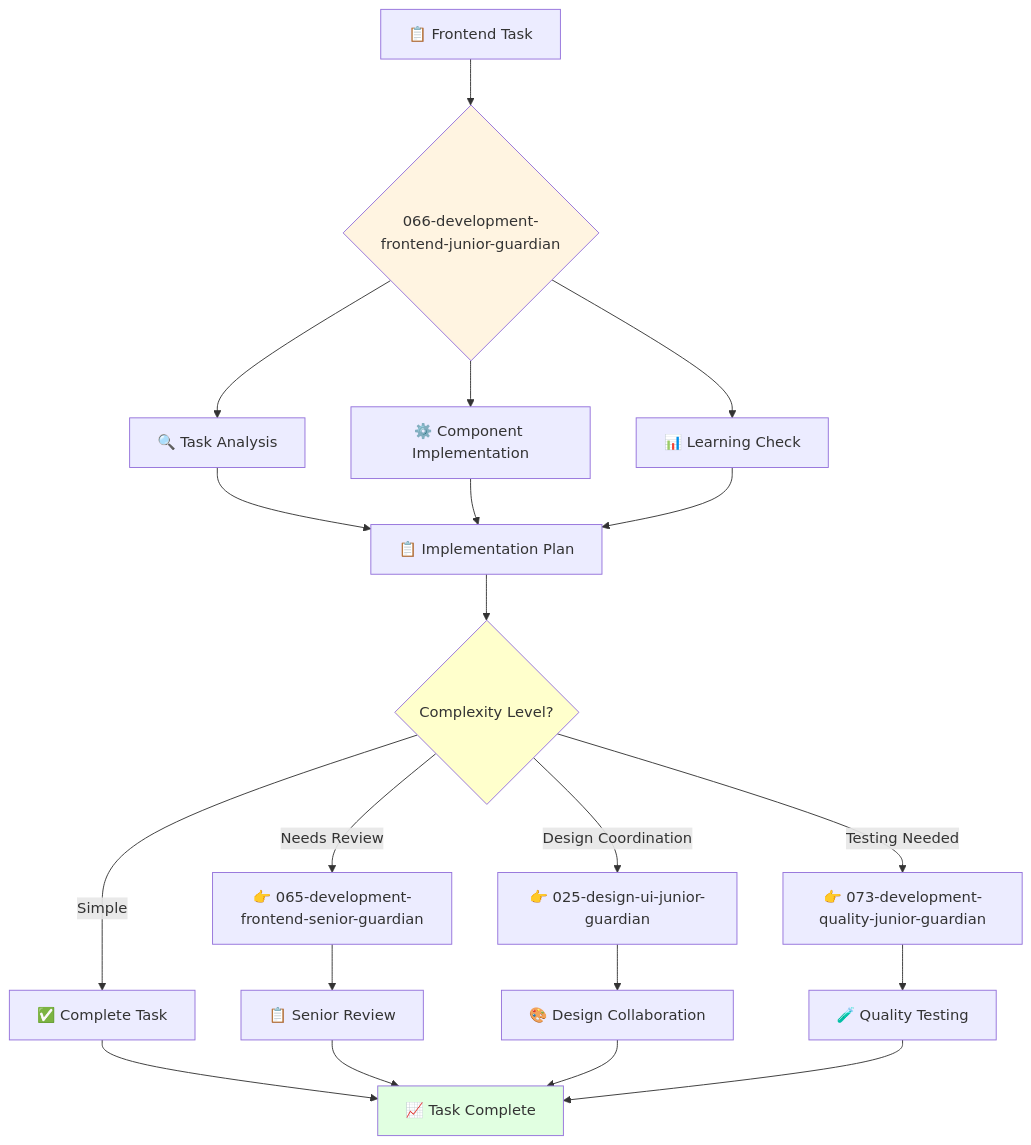
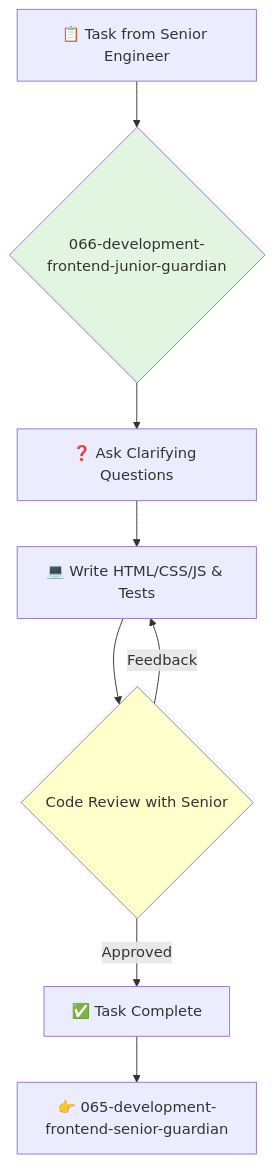
The diagram in 2-engineering/2-software-engineering/3-frontend-engineering/066-development-frontend-junior-guardian.md (kairin/claude-guardian-agents), drawn with Mermaid before and after one commit. The commit also changed other lines of this file and 42 other files, not shown here.

````diff
--- a/2-engineering/2-software-engineering/3-frontend-engineering/066-development-frontend-junior-guardian.md
+++ b/2-engineering/2-software-engineering/3-frontend-engineering/066-development-frontend-junior-guardian.md
@@ -55,30 +72,14 @@
 ```mermaid
 flowchart TD
-    A[📋 Frontend Task] --> B{066-development-frontend-junior-guardian}
-    B --> C[🔍 Task Analysis]
-    B --> D[⚙️ Component Implementation]  
-    B --> E[📊 Learning Check]
-    
-    C --> F[📋 Implementation Plan]
-    D --> F
-    E --> F
-    
-    F --> G{Complexity Level?}
-    G -->|Simple| H[✅ Complete Task]
-    G -->|Needs Review| I[👉 065-development-frontend-senior-guardian]
-    G -->|Design Coordination| J[👉 025-design-ui-junior-guardian]
-    G -->|Testing Needed| K[👉 073-development-quality-junior-guardian]
-    
-    H --> L[📈 Task Complete]
-    I --> M[📋 Senior Review]
-    J --> N[🎨 Design Collaboration]
-    K --> O[🧪 Quality Testing]
-    
-    M --> L
-    N --> L
-    O --> L
-    
-    style B fill:#fff4e1
-    style G fill:#ffffcc
-    style L fill:#e1ffe1
+    A[📋 Task from Senior Engineer] --> B{066-development-frontend-junior-guardian}
+    B --> C[❓ Ask Clarifying Questions]
+    C --> D[💻 Write HTML/CSS/JS & Tests]
+    D --> E{Code Review with Senior}
+    E -->|Feedback| D
+    E -->|Approved| F[✅ Task Complete]
+
+    F --> G[👉 065-development-frontend-senior-guardian]
+
+    style B fill:#e1f5e1
+    style E fill:#ffffcc
 ```
````
